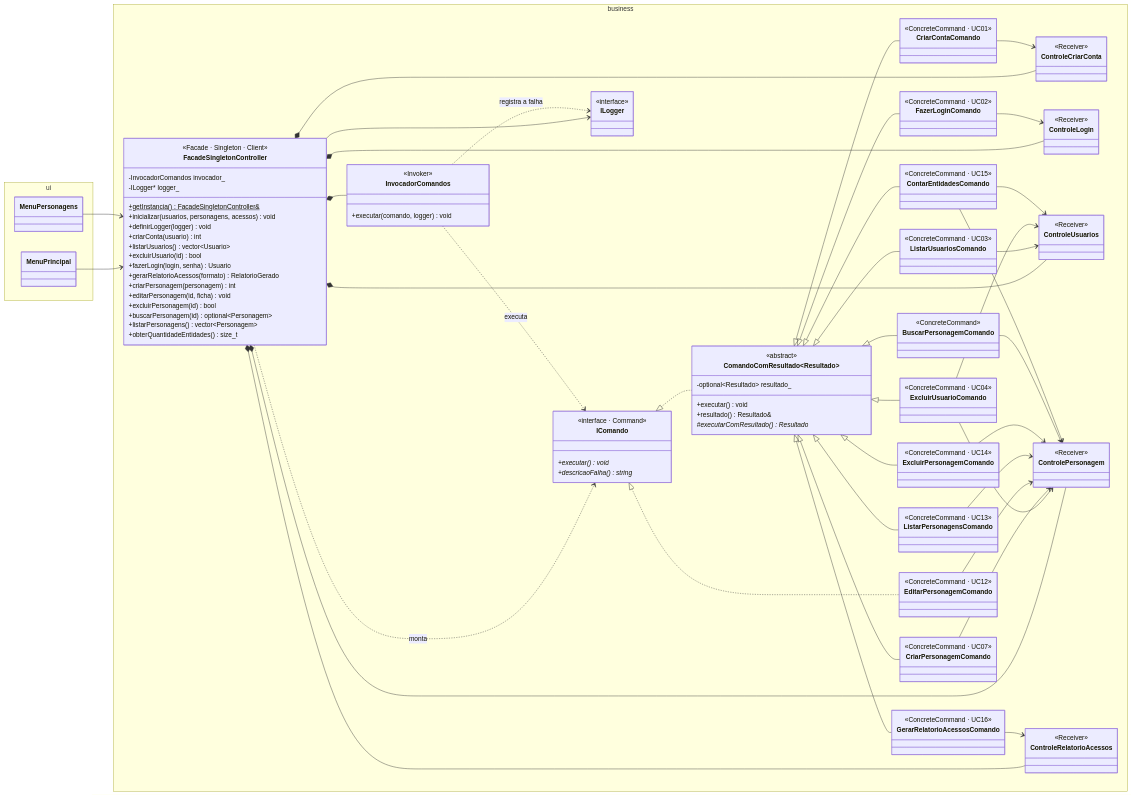
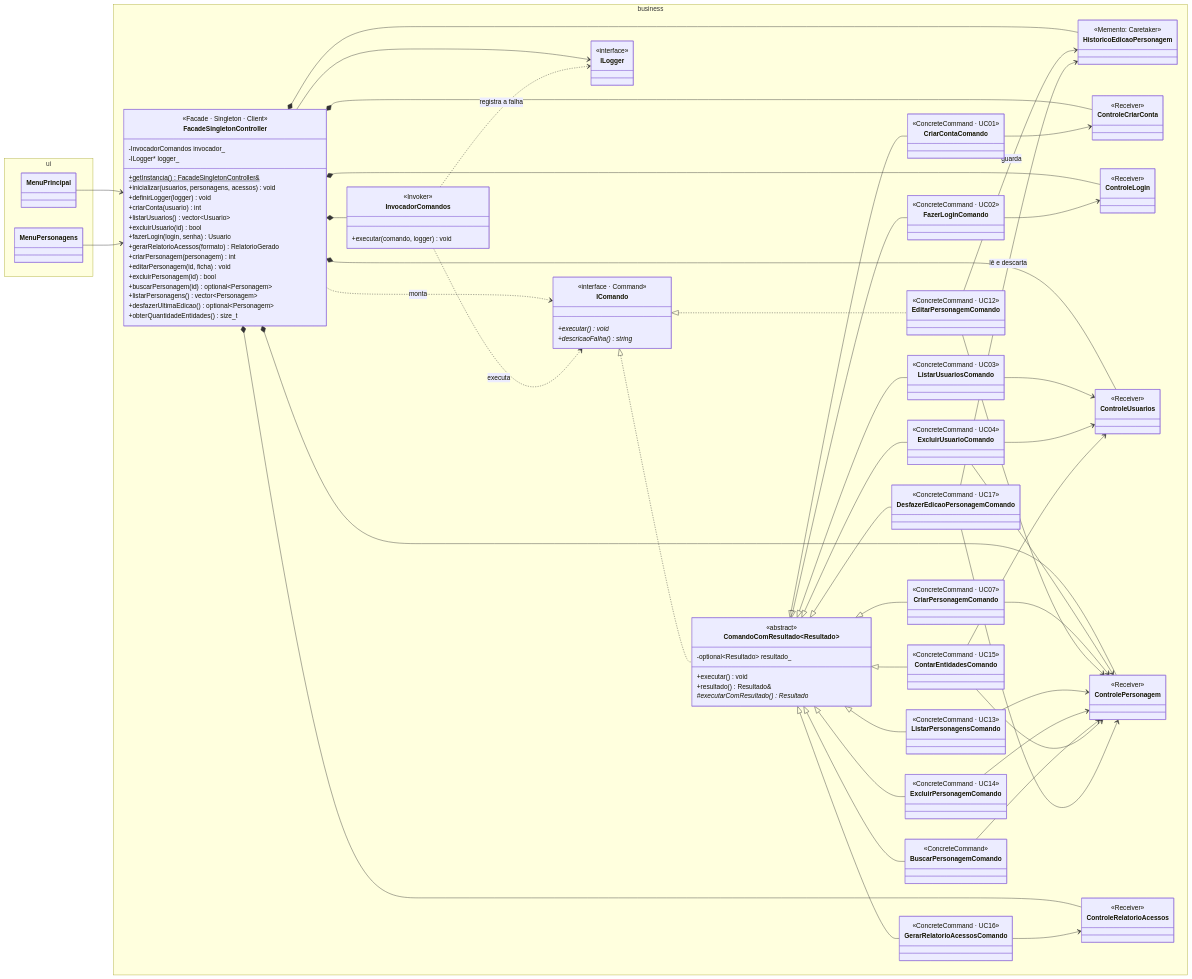
Before and after one commit to isac531/Gerenciador_RPG: the first of 9 diagrams in docs/08-projeto.md, drawn with Mermaid. The commit also changed other lines of this file and 3 other files, not shown here.

First line of the commit message:
docs(projeto): atualizar diagramas de classes e padroes da Sprint 5

````diff
--- a/docs/08-projeto.md
+++ b/docs/08-projeto.md
@@ -58,6 +63,7 @@
             +excluirPersonagem(id) bool
             +buscarPersonagem(id) optional~Personagem~
             +listarPersonagens() vector~Personagem~
+            +desfazerUltimaEdicao() optional~Personagem~
             +obterQuantidadeEntidades() size_t
         }
         class InvocadorComandos {
@@ -106,6 +112,12 @@
         class ContarEntidadesComando {
             <<ConcreteCommand · UC15>>
         }
+        class DesfazerEdicaoPersonagemComando {
+            <<ConcreteCommand · UC17>>
+        }
+        class HistoricoEdicaoPersonagem {
+            <<Memento: Caretaker>>
+        }
         class GerarRelatorioAcessosComando {
             <<ConcreteCommand · UC16>>
         }
@@ -153,6 +165,7 @@
     ComandoComResultado <|-- BuscarPersonagemComando
     ComandoComResultado <|-- ContarEntidadesComando
     ComandoComResultado <|-- GerarRelatorioAcessosComando
+    ComandoComResultado <|-- DesfazerEdicaoPersonagemComando
     CriarContaComando --> ControleCriarConta
     FazerLoginComando --> ControleLogin
     ListarUsuariosComando --> ControleUsuarios
@@ -166,4 +179,8 @@
     ContarEntidadesComando --> ControleUsuarios
     ContarEntidadesComando --> ControlePersonagem
     GerarRelatorioAcessosComando --> ControleRelatorioAcessos
+    DesfazerEdicaoPersonagemComando --> ControlePersonagem
+    FacadeSingletonController *-- HistoricoEdicaoPersonagem
+    EditarPersonagemComando --> HistoricoEdicaoPersonagem : guarda
+    DesfazerEdicaoPersonagemComando --> HistoricoEdicaoPersonagem : lê e descarta
 ```
````
